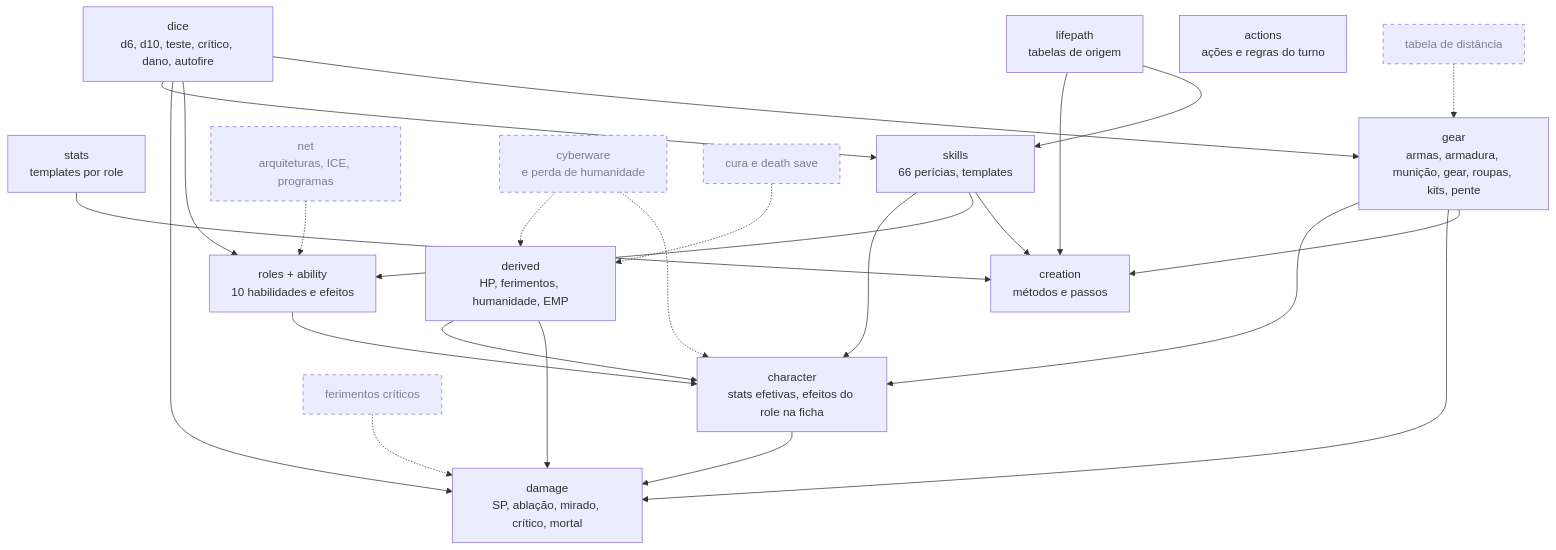
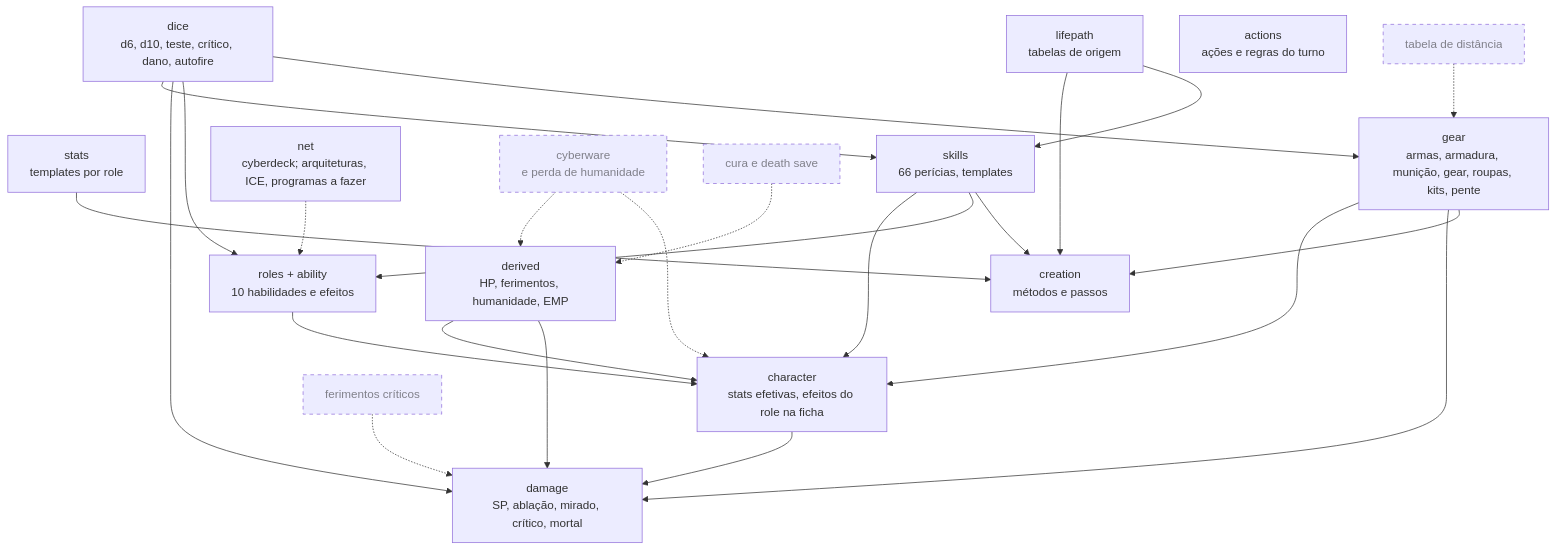
Before and after one commit to jorgelisboa/gambiarra-net: the third of 3 diagrams in MAPA.md, drawn with Mermaid. The commit also changed other lines of this file and 19 other files, not shown here.

First line of the commit message:
feat(net): módulo de netrunning com cyberdeck e aba netrun na ficha

````diff
--- a/MAPA.md
+++ b/MAPA.md
@@ -135,36 +135,36 @@
 ```mermaid
 flowchart TD
   dice[dice<br/>d6, d10, teste, crítico, dano, autofire]
   stats[stats<br/>templates por role]
   derived[derived<br/>HP, ferimentos, humanidade, EMP]
   skills[skills<br/>66 perícias, templates]
   lifepath[lifepath<br/>tabelas de origem]
   gear[gear<br/>armas, armadura, munição, gear, roupas, kits, pente]
   roles[roles + ability<br/>10 habilidades e efeitos]
   character[character<br/>stats efetivas, efeitos do role na ficha]
   damage[damage<br/>SP, ablação, mirado, crítico, mortal]
   actions[actions<br/>ações e regras do turno]
   creation[creation<br/>métodos e passos]
 
-  net[net<br/>arquiteturas, ICE, programas]:::falta
+  net[net<br/>cyberdeck; arquiteturas, ICE, programas a fazer]
   cyber[cyberware<br/>e perda de humanidade]:::falta
   crit[ferimentos críticos]:::falta
   heal[cura e death save]:::falta
   range[tabela de distância]:::falta
 
   dice --> skills & damage & roles & gear
   stats --> creation
   derived --> character & damage
   skills --> character & roles & creation
   gear --> character & damage & creation
   roles --> character
   lifepath --> creation & skills
   character --> damage
   cyber -.-> derived & character
   crit -.-> damage
   heal -.-> derived
   range -.-> gear
   net -.-> roles
 
   classDef falta stroke-dasharray: 5 5,color:#80808a
 ```
````
